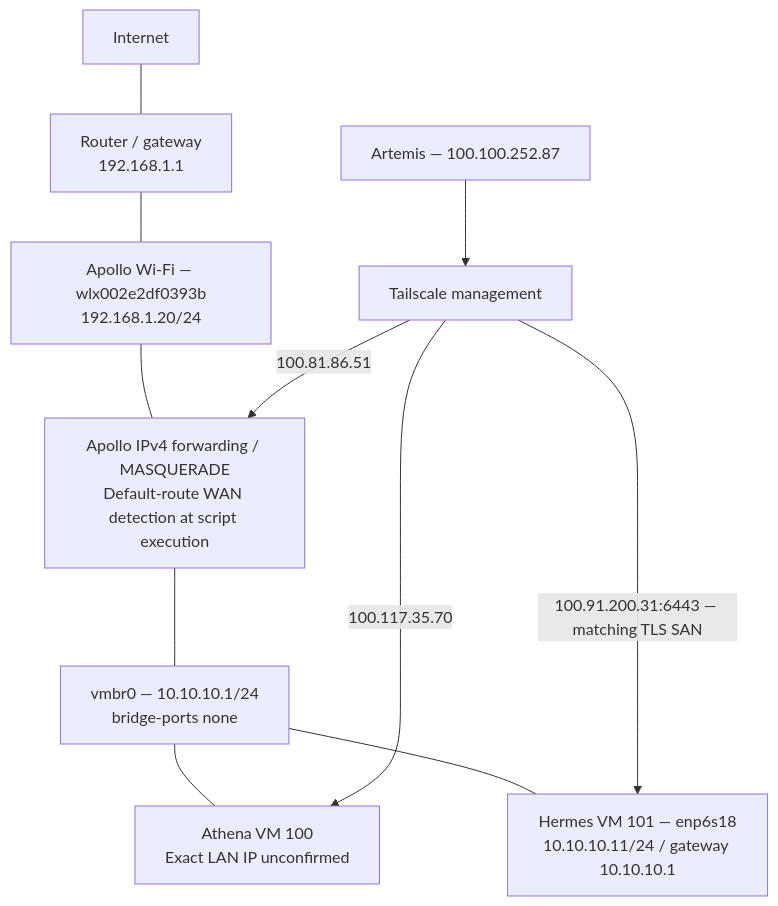
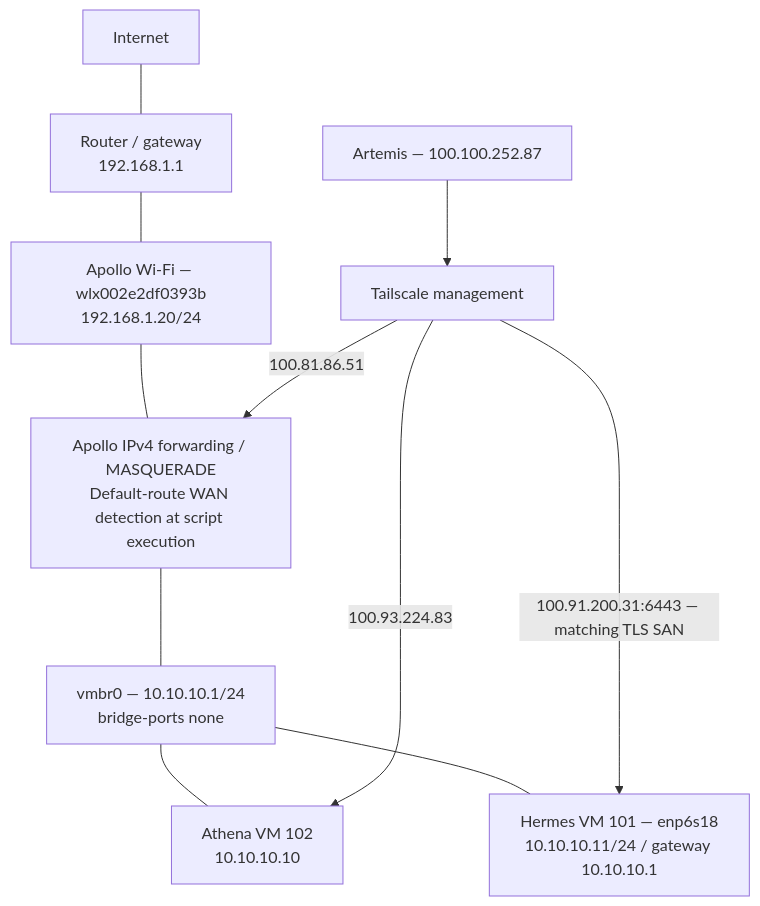
Before and after one commit to SwapnajXD/HomeLab: the diagram in diagrams/networking.mmd, drawn with Mermaid. The commit also changed 28 other files, not shown here.

```diff
--- a/diagrams/networking.mmd
+++ b/diagrams/networking.mmd
@@ -1,12 +1,12 @@
-%% Olympus V2 — operator-reported baseline 2026-09-12; no new live audit.
+%% Operator-reported state synchronized 2026-10-09; no new live audit.
 flowchart TB
     Internet["Internet"] --- Router["Router / gateway<br/>192.168.1.1"]
     Router --- WAN["Apollo Wi-Fi — wlx002e2df0393b<br/>192.168.1.20/24"]
     WAN --- NAT["Apollo IPv4 forwarding / MASQUERADE<br/>Default-route WAN detection at script execution"]
     NAT --- Bridge["vmbr0 — 10.10.10.1/24<br/>bridge-ports none"]
-    Bridge --- Athena["Athena VM 100<br/>Exact LAN IP unconfirmed"]
+    Bridge --- Athena["Athena VM 102<br/>10.10.10.10"]
     Bridge --- Hermes["Hermes VM 101 — enp6s18<br/>10.10.10.11/24 / gateway 10.10.10.1"]
     Artemis["Artemis — 100.100.252.87"] --> Tailnet["Tailscale management"]
     Tailnet -->|100.81.86.51| NAT
-    Tailnet -->|100.117.35.70| Athena
+    Tailnet -->|100.93.224.83| Athena
     Tailnet -->|100.91.200.31:6443 — matching TLS SAN| Hermes
```
